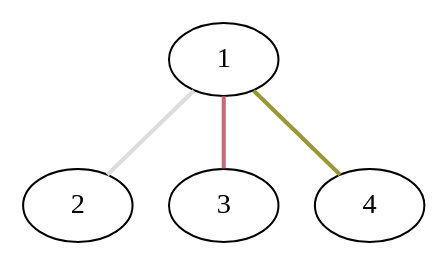
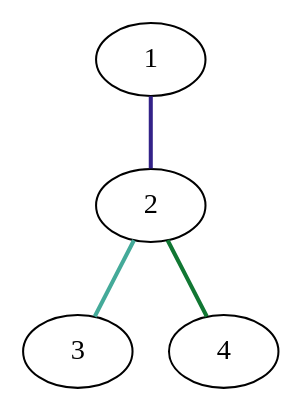
One commit to u109755b/docker-test changed the diagram in ride_sharing1_provider/env_generator/RSAB_N4/src.dot. Above: the diagram before and after it, drawn with Graphviz. The commit also changed 166 other files, not shown here.

```diff
--- a/ride_sharing1_provider/env_generator/RSAB_N4/src.dot
+++ b/ride_sharing1_provider/env_generator/RSAB_N4/src.dot
@@ -1,10 +1,10 @@
 graph {
 	graph [rankdir=BT]
 	1
 	2
-	2 -- 1 [color="#DDDDDD" style=bold]
+	2 -- 1 [color="#332288" style=bold]
 	3
-	3 -- 1 [color="#CC6677" style=bold]
+	3 -- 2 [color="#44AA99" style=bold]
 	4
-	4 -- 1 [color="#999933" style=bold]
+	4 -- 2 [color="#117733" style=bold]
 }
```
